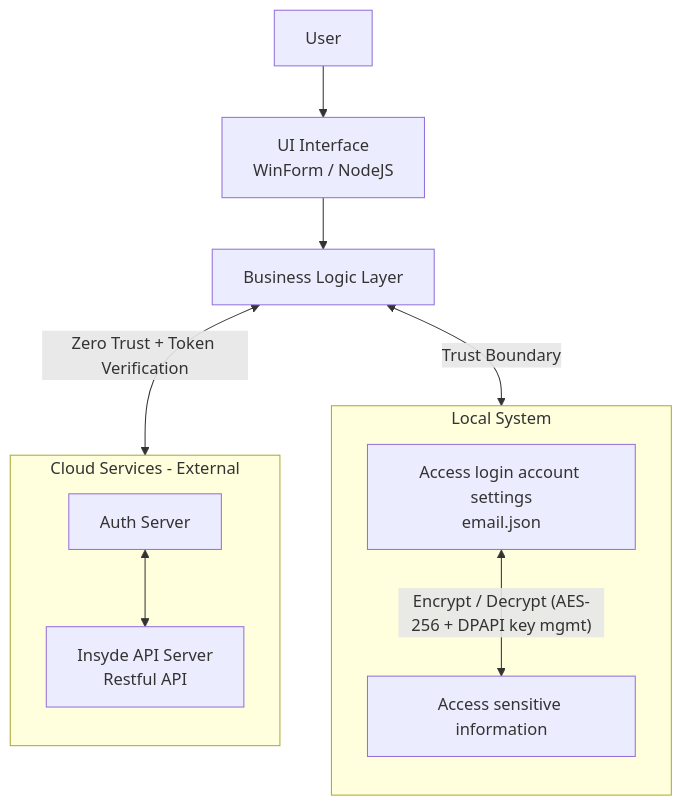
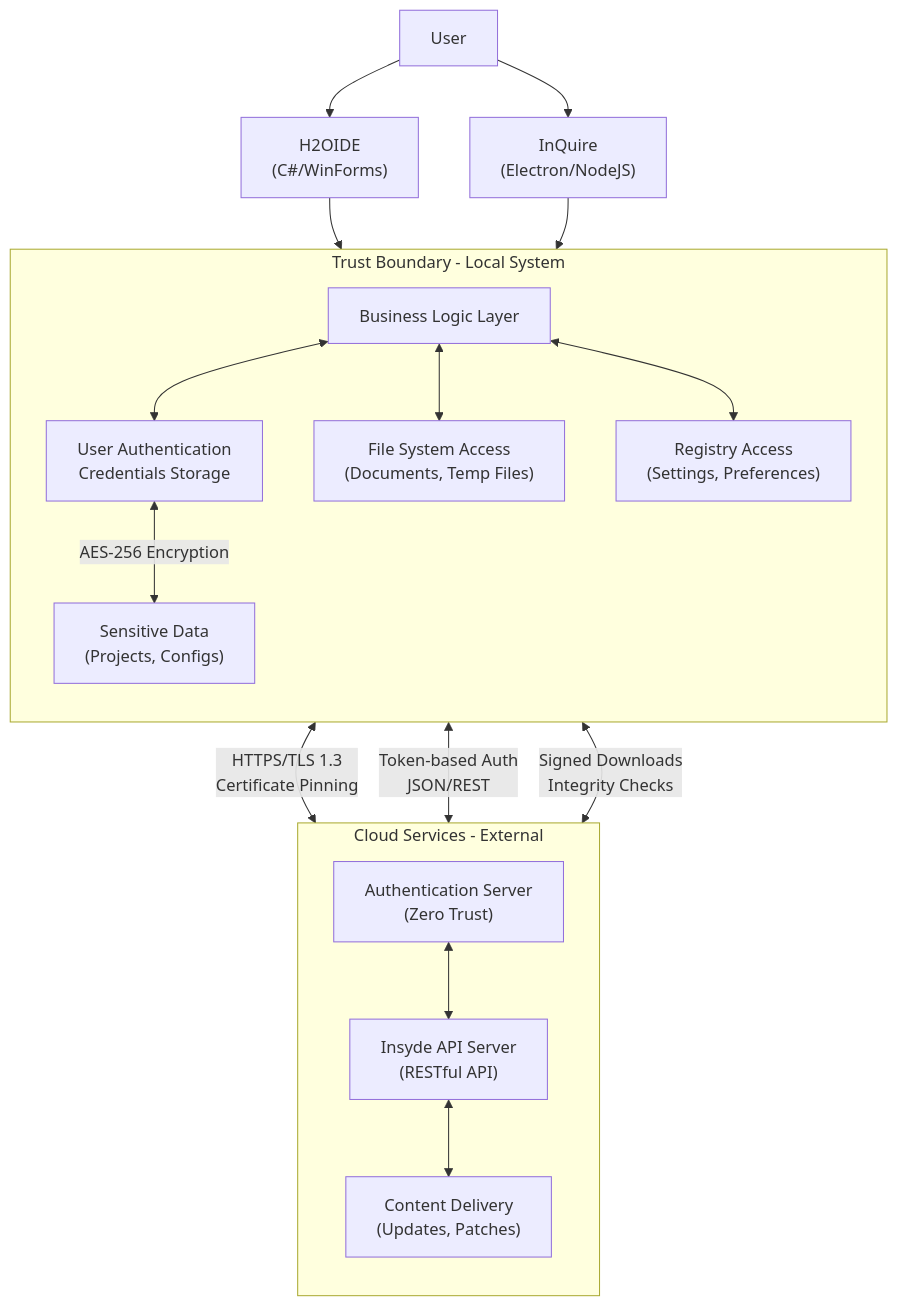
Before and after one commit to bollinmore/threat_model: the diagram in page/windows-app-threat-model.md, drawn with Mermaid. The commit also changed other lines of this file, not shown here.

````diff
--- a/page/windows-app-threat-model.md
+++ b/page/windows-app-threat-model.md
@@ -26,27 +29,39 @@
 ```mermaid
 graph TB
   User["User"]
-  UI["UI Interface<br/>WinForm / NodeJS"]
+  H2O["H2OIDE<br/>(C#/WinForms)"]
+  INQ["InQuire<br/>(Electron/NodeJS)"]
   BL["Business Logic Layer"]
 
-  User --> UI
-  UI --> BL
+  User --> H2O
+  User --> INQ
+  H2O --> BL
+  INQ --> BL
 
-  subgraph LocalSystem [Local System]
+  subgraph TrustBoundary [Trust Boundary - Local System]
     direction TB
-    LT["Access login account settings<br/>email.json"]
-    LS["Access sensitive information"]
-    LT <--Encrypt / Decrypt (AES-256 + DPAPI key mgmt)--> LS
+    LT["User Authentication<br/>Credentials Storage"]
+    LS["Sensitive Data<br/>(Projects, Configs)"]
+    LF["File System Access<br/>(Documents, Temp Files)"]
+    LR["Registry Access<br/>(Settings, Preferences)"]
+    
+    LT <--"AES-256 Encryption"--> LS
+    BL <--> LT
+    BL <--> LF
+    BL <--> LR
   end
 
-  BL <--Trust Boundary--> LT
-
-  subgraph CloudArea [Cloud Services - External]
+  subgraph CloudServices [Cloud Services - External]
     direction TB
-    ZT["Auth Server"]
-    CloudSvc["Insyde API Server<br/>Restful API"]
-    ZT <--> CloudSvc
+    AuthSrv["Authentication Server<br/>(Zero Trust)"]
+    APISrv["Insyde API Server<br/>(RESTful API)"]
+    CDN["Content Delivery<br/>(Updates, Patches)"]
+    
+    AuthSrv <--> APISrv
+    APISrv <--> CDN
   end
 
-  BL <-- "Zero Trust + Token Verification" --> ZT
+  BL <--"HTTPS/TLS 1.3<br/>Certificate Pinning"--> AuthSrv
+  BL <--"Token-based Auth<br/>JSON/REST"--> APISrv
+  BL <--"Signed Downloads<br/>Integrity Checks"--> CDN
 ```
````
